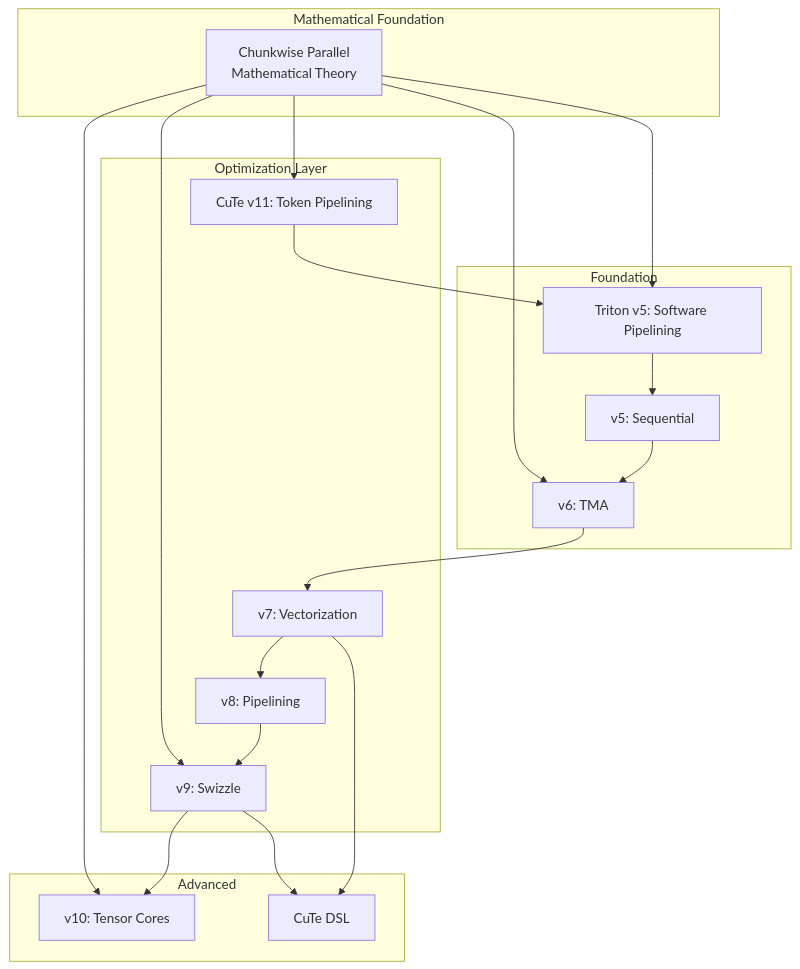
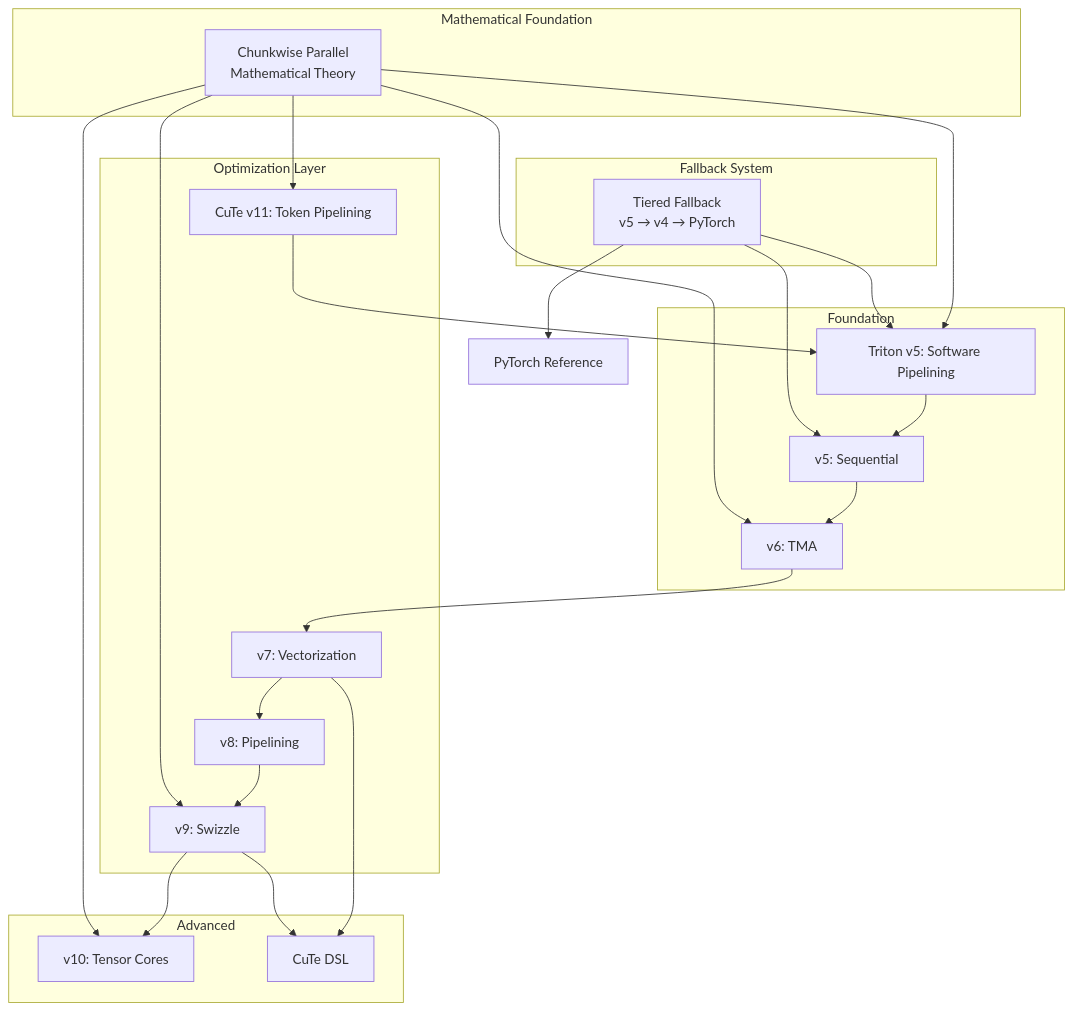
Before and after one commit to gugudeshubao/flashinfer-bench-tma-thrust: diagram 27 of 27 in .qoder/repowiki/en/content/GDN Prefill Kernel Optimization.md, drawn with Mermaid. The commit also changed other lines of this file and 46 other files, not shown here.

````diff
--- a/.qoder/repowiki/en/content/GDN Prefill Kernel Optimization.md
+++ b/.qoder/repowiki/en/content/GDN Prefill Kernel Optimization.md
@@ -988,35 +1233,41 @@
 ```mermaid
 graph TB
 subgraph "Foundation"
 V5["v5: Sequential"]
 V6["v6: TMA"]
 TritonV5["Triton v5: Software Pipelining"]
 end
 subgraph "Optimization Layer"
 V7["v7: Vectorization"]
 V8["v8: Pipelining"]
 V9["v9: Swizzle"]
 CuTeV11["CuTe v11: Token Pipelining"]
 end
 subgraph "Advanced"
 V10["v10: Tensor Cores"]
 DSL["CuTe DSL"]
 end
 subgraph "Mathematical Foundation"
 CP["Chunkwise Parallel<br/>Mathematical Theory"]
 end
+subgraph "Fallback System"
+FS["Tiered Fallback<br/>v5 → v4 → PyTorch"]
+end
 V5 --> V6
 V6 --> V7
 V7 --> V8
 V8 --> V9
 V9 --> V10
 V7 --> DSL
 V9 --> DSL
 TritonV5 --> V5
 CuTeV11 --> TritonV5
 CP --> V6
 CP --> V9
 CP --> V10
 CP --> TritonV5
 CP --> CuTeV11
+FS --> TritonV5
+FS --> V5
+FS --> PyTorchRef["PyTorch Reference"]
 ```
````
